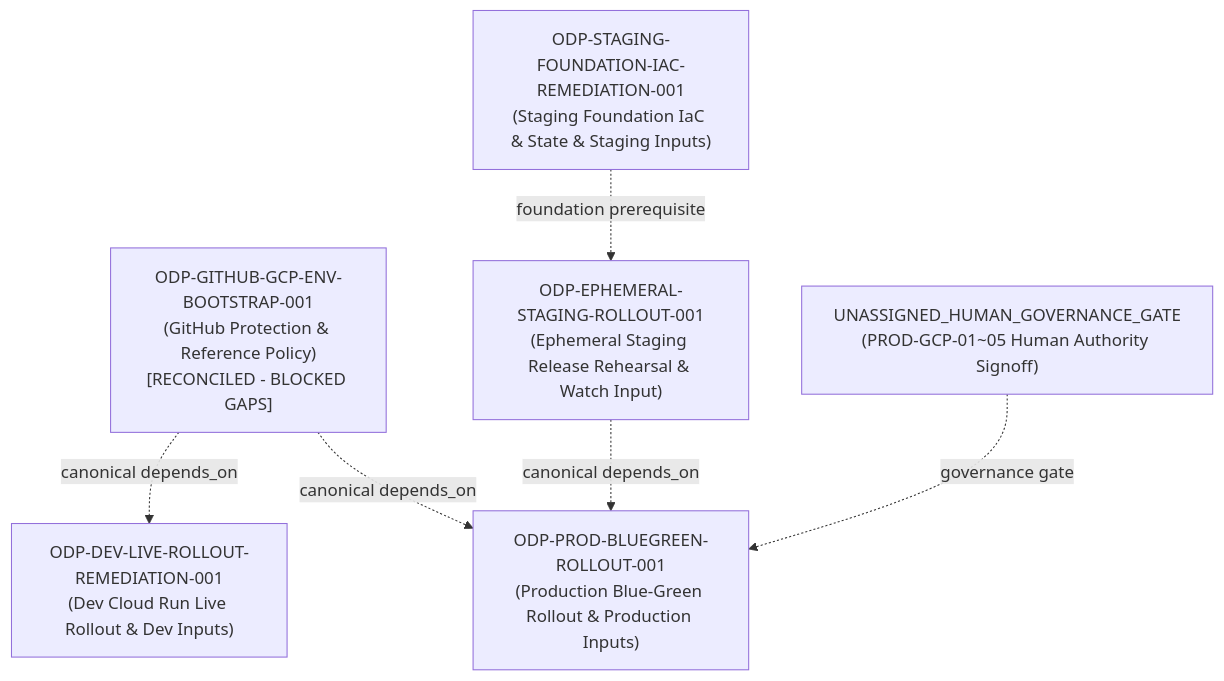
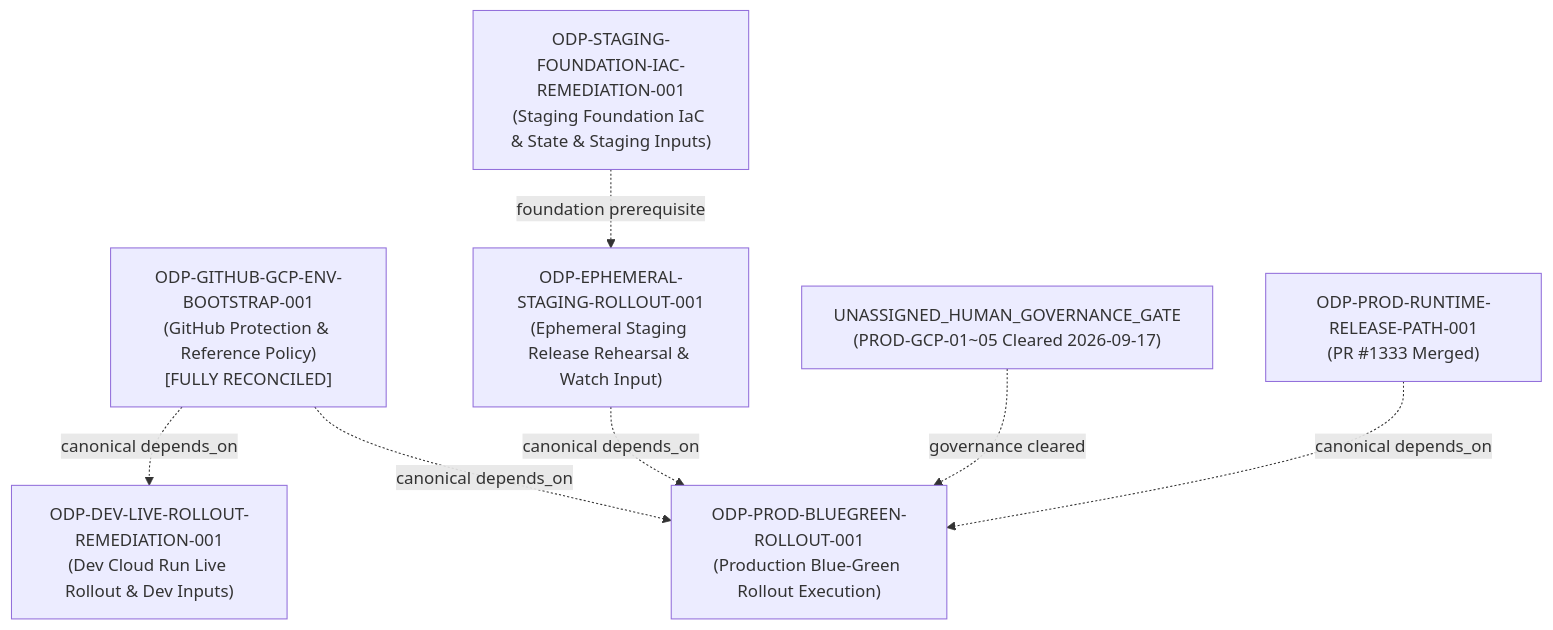
One commit to alfloop-dev/odayplus changed the diagram in docs/evidence/execution-control/ARCHIVE_RECOVERY_RECONCILIATION_20260911/ODP-GITHUB-GCP-ENV-BOOTSTRAP-001/README.md. Above: the diagram before and after it, drawn with Mermaid. The commit also changed other lines of this file and 2 other files, not shown here.

First line of the commit message:
ODP-GITHUB-GCP-ENV-BOOTSTRAP-001: 結清 PROD-GCP-01~05 人類裁決與驗收補證

````diff
--- a/docs/evidence/execution-control/ARCHIVE_RECOVERY_RECONCILIATION_20260911/ODP-GITHUB-GCP-ENV-BOOTSTRAP-001/README.md
+++ b/docs/evidence/execution-control/ARCHIVE_RECOVERY_RECONCILIATION_20260911/ODP-GITHUB-GCP-ENV-BOOTSTRAP-001/README.md
@@ -78,18 +76,20 @@
 ```mermaid
 flowchart TD
-    BOOTSTRAP["ODP-GITHUB-GCP-ENV-BOOTSTRAP-001<br>(GitHub Protection & Reference Policy)<br>[RECONCILED - BLOCKED GAPS]"]
+    BOOTSTRAP["ODP-GITHUB-GCP-ENV-BOOTSTRAP-001<br>(GitHub Protection & Reference Policy)<br>[FULLY RECONCILED]"]
 
     DEV_ROLLOUT["ODP-DEV-LIVE-ROLLOUT-REMEDIATION-001<br>(Dev Cloud Run Live Rollout & Dev Inputs)"]
     STAGING_IAC["ODP-STAGING-FOUNDATION-IAC-REMEDIATION-001<br>(Staging Foundation IaC & State & Staging Inputs)"]
     STAGING_ROLLOUT["ODP-EPHEMERAL-STAGING-ROLLOUT-001<br>(Ephemeral Staging Release Rehearsal & Watch Input)"]
 
-    PROD_GCP_HUMAN["UNASSIGNED_HUMAN_GOVERNANCE_GATE<br>(PROD-GCP-01~05 Human Authority Signoff)"]
-    PROD_ROLLOUT["ODP-PROD-BLUEGREEN-ROLLOUT-001<br>(Production Blue-Green Rollout & Production Inputs)"]
+    PROD_GCP_HUMAN["UNASSIGNED_HUMAN_GOVERNANCE_GATE<br>(PROD-GCP-01~05 Cleared 2026-09-17)"]
+    PROD_PATH["ODP-PROD-RUNTIME-RELEASE-PATH-001<br>(PR #1333 Merged)"]
+    PROD_ROLLOUT["ODP-PROD-BLUEGREEN-ROLLOUT-001<br>(Production Blue-Green Rollout Execution)"]
 
     BOOTSTRAP -.->|canonical depends_on| DEV_ROLLOUT
     BOOTSTRAP -.->|canonical depends_on| PROD_ROLLOUT
     STAGING_ROLLOUT -.->|canonical depends_on| PROD_ROLLOUT
+    PROD_PATH -.->|canonical depends_on| PROD_ROLLOUT
 
     STAGING_IAC -.->|foundation prerequisite| STAGING_ROLLOUT
-    PROD_GCP_HUMAN -.->|governance gate| PROD_ROLLOUT
+    PROD_GCP_HUMAN -.->|governance cleared| PROD_ROLLOUT
 ```
````
